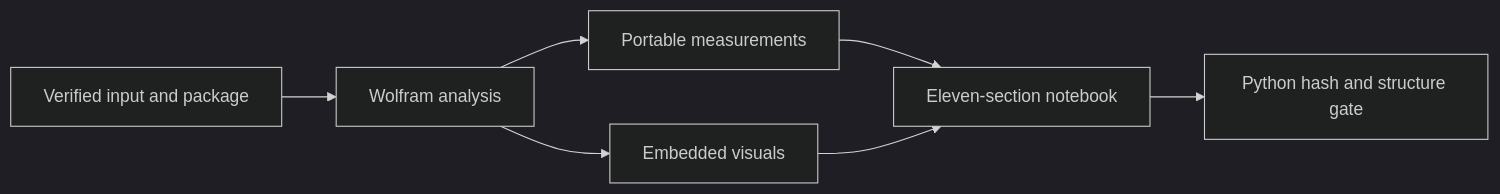
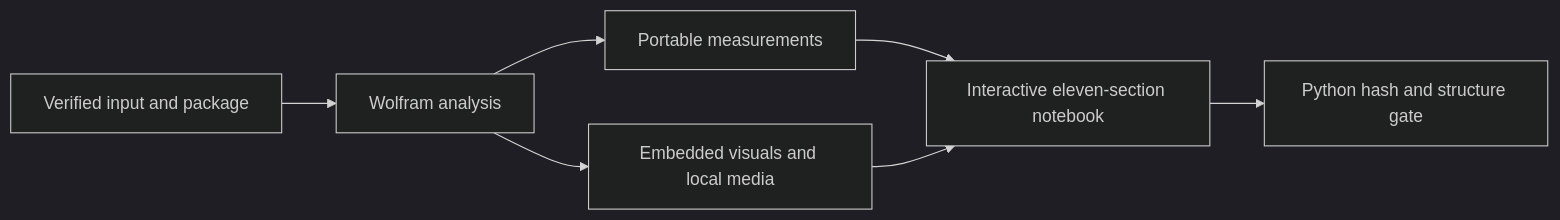
Before and after one commit to KG-khangelani/babelapha: the diagram in Documentation/mathematica/notebook-sections.md, drawn with Mermaid (dark theme). The commit also changed other lines of this file and 4 other files, not shown here.

````diff
--- a/Documentation/mathematica/notebook-sections.md
+++ b/Documentation/mathematica/notebook-sections.md
@@ -9,9 +11,9 @@
 ```mermaid
 flowchart LR
     I[Verified input and package] --> A[Wolfram analysis]
     A --> M[Portable measurements]
-    A --> V[Embedded visuals]
-    M --> N[Eleven-section notebook]
+    A --> V[Embedded visuals and local media]
+    M --> N[Interactive eleven-section notebook]
     V --> N
     N --> G[Python hash and structure gate]
 ```
````
